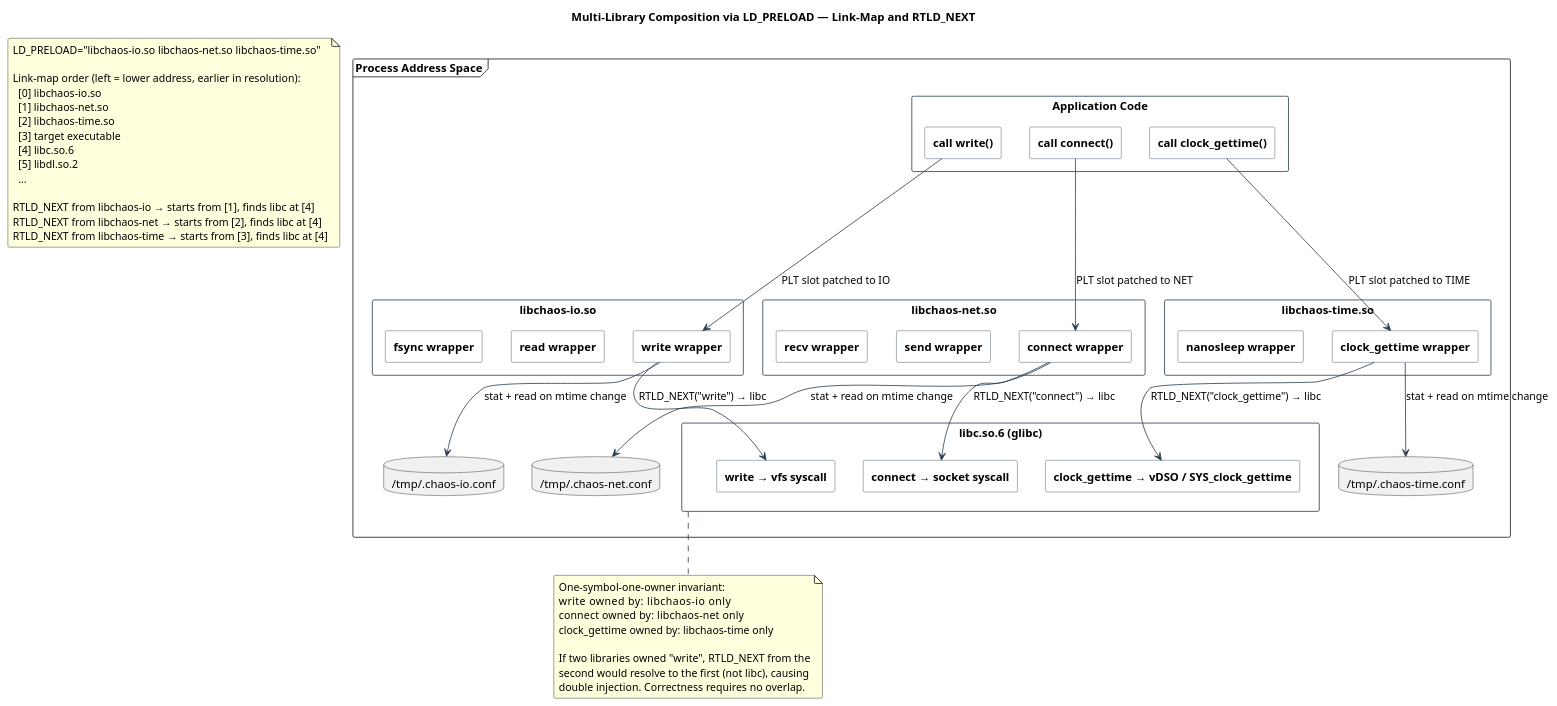
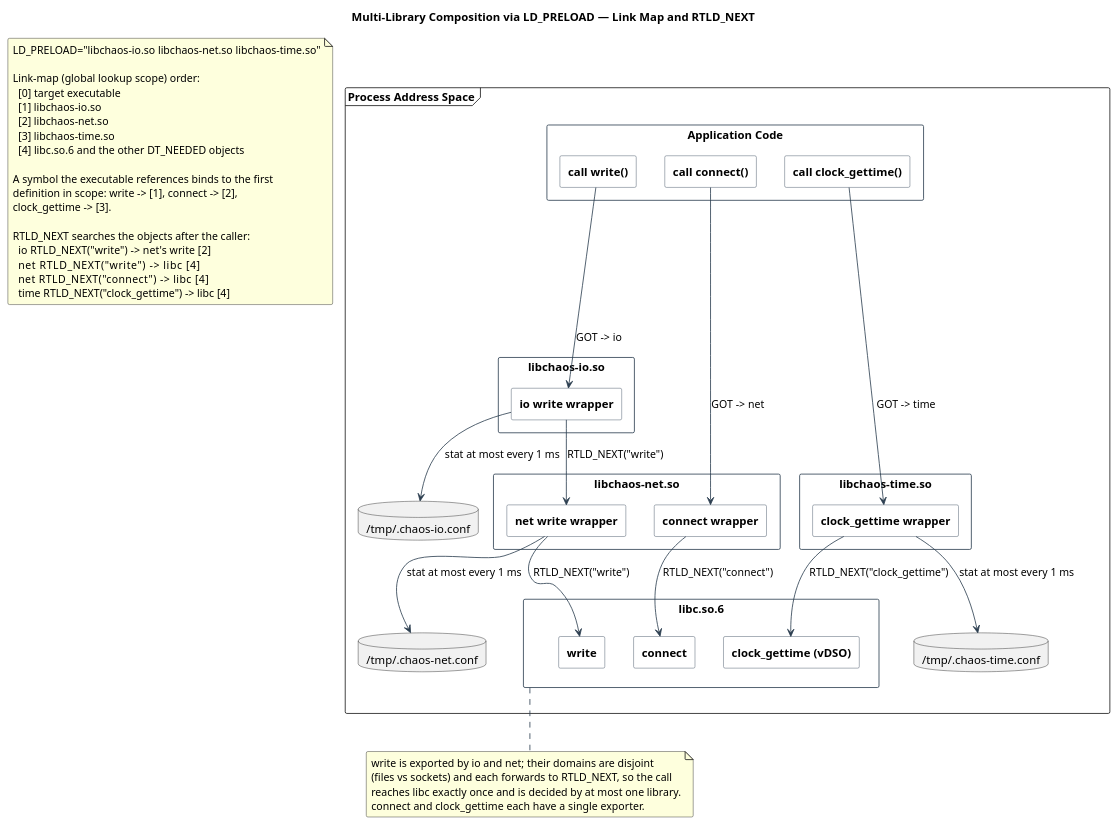
Before and after one commit to macstab/macstab-chaos-testing-libraries: the fourth of 4 diagrams in docs/SYSTEM.md, drawn with PlantUML. The commit also changed other lines of this file and 14 other files, not shown here.

Commit message:
docs: rewrite architecture, safety, platform and engineering docs; redraw diagrams

````diff
--- a/docs/SYSTEM.md
+++ b/docs/SYSTEM.md
@@ -566,6 +509,6 @@
 ```plantuml
 @startuml composition
-title Multi-Library Composition via LD_PRELOAD — Link-Map and RTLD_NEXT
+title Multi-Library Composition via LD_PRELOAD — Link Map and RTLD_NEXT
 
 skinparam componentStyle rectangle
 skinparam shadowing false
@@ -580,18 +523,22 @@
 note as N1
   LD_PRELOAD="libchaos-io.so libchaos-net.so libchaos-time.so"
 
-  Link-map order (left = lower address, earlier in resolution):
-    [0] libchaos-io.so
-    [1] libchaos-net.so
-    [2] libchaos-time.so
-    [3] target executable
-    [4] libc.so.6
-    [5] libdl.so.2
-    ...
+  Link-map (global lookup scope) order:
+    [0] target executable
+    [1] libchaos-io.so
+    [2] libchaos-net.so
+    [3] libchaos-time.so
+    [4] libc.so.6 and the other DT_NEEDED objects
 
-  RTLD_NEXT from libchaos-io → starts from [1], finds libc at [4]
-  RTLD_NEXT from libchaos-net → starts from [2], finds libc at [4]
-  RTLD_NEXT from libchaos-time → starts from [3], finds libc at [4]
+  A symbol the executable references binds to the first
+  definition in scope: write -> [1], connect -> [2],
+  clock_gettime -> [3].
+
+  RTLD_NEXT searches the objects after the caller:
+    io  RTLD_NEXT("write") -> net's write [2]
+    net RTLD_NEXT("write") -> libc        [4]
+    net RTLD_NEXT("connect") -> libc      [4]
+    time RTLD_NEXT("clock_gettime") -> libc [4]
 end note
 
 frame "Process Address Space" {
@@ -603,26 +550,22 @@
   }
 
   component "libchaos-io.so" as IO {
-    [write wrapper]
-    [read wrapper]
-    [fsync wrapper]
+    [io write wrapper]
   }
 
   component "libchaos-net.so" as NET {
+    [net write wrapper]
     [connect wrapper]
-    [send wrapper]
-    [recv wrapper]
   }
 
   component "libchaos-time.so" as TIME {
     [clock_gettime wrapper]
-    [nanosleep wrapper]
   }
 
-  component "libc.so.6 (glibc)" as LIBC {
-    [write → vfs syscall]
-    [connect → socket syscall]
-    [clock_gettime → vDSO / SYS_clock_gettime]
+  component "libc.so.6" as LIBC {
+    [write]
+    [connect]
+    [clock_gettime (vDSO)]
   }
 
   database "/tmp/.chaos-io.conf"   as IOCFG
@@ -630,27 +573,24 @@
   database "/tmp/.chaos-time.conf" as TIMECFG
 }
 
-[call write()]          --> [write wrapper]      : PLT slot patched to IO
-[call connect()]        --> [connect wrapper]     : PLT slot patched to NET
-[call clock_gettime()]  --> [clock_gettime wrapper] : PLT slot patched to TIME
+[call write()]          --> [io write wrapper]      : GOT -> io
+[call connect()]        --> [connect wrapper]       : GOT -> net
+[call clock_gettime()]  --> [clock_gettime wrapper] : GOT -> time
 
-[write wrapper]   --> IOCFG   : stat + read on mtime change
-[connect wrapper] --> NETCFG  : stat + read on mtime change
-[clock_gettime wrapper] --> TIMECFG : stat + read on mtime change
+[io write wrapper]      --> IOCFG   : stat at most every 1 ms
+[net write wrapper]     --> NETCFG  : stat at most every 1 ms
+[clock_gettime wrapper] --> TIMECFG : stat at most every 1 ms
 
-[write wrapper]   --> [write → vfs syscall]        : RTLD_NEXT("write") → libc
-[connect wrapper] --> [connect → socket syscall]   : RTLD_NEXT("connect") → libc
-[clock_gettime wrapper] --> [clock_gettime → vDSO / SYS_clock_gettime] : RTLD_NEXT("clock_gettime") → libc
+[io write wrapper]      --> [net write wrapper]     : RTLD_NEXT("write")
+[net write wrapper]     --> [write]                 : RTLD_NEXT("write")
+[connect wrapper]       --> [connect]               : RTLD_NEXT("connect")
+[clock_gettime wrapper] --> [clock_gettime (vDSO)]  : RTLD_NEXT("clock_gettime")
 
 note bottom of LIBC
-  One-symbol-one-owner invariant:
-  write    owned by: libchaos-io   only
-  connect  owned by: libchaos-net  only
-  clock_gettime owned by: libchaos-time only
-
-  If two libraries owned "write", RTLD_NEXT from the
-  second would resolve to the first (not libc), causing
-  double injection. Correctness requires no overlap.
+  write is exported by io and net; their domains are disjoint
+  (files vs sockets) and each forwards to RTLD_NEXT, so the call
+  reaches libc exactly once and is decided by at most one library.
+  connect and clock_gettime each have a single exporter.
 end note
 
 @enduml
````
